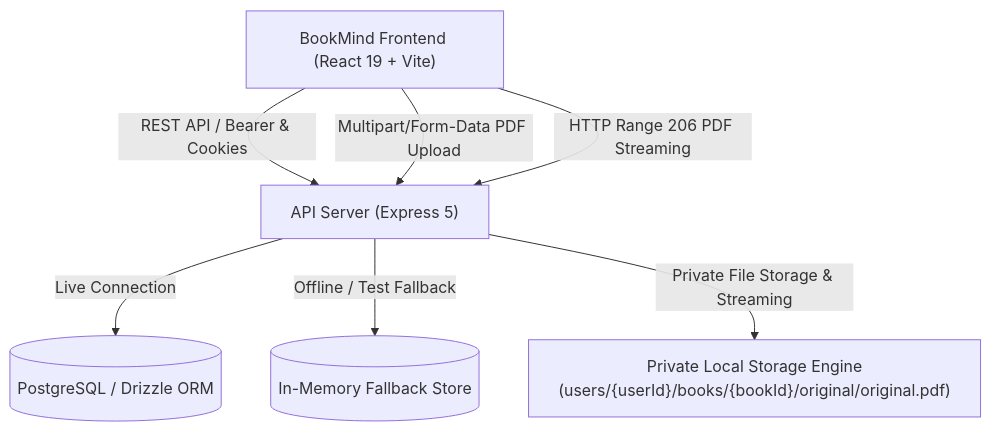
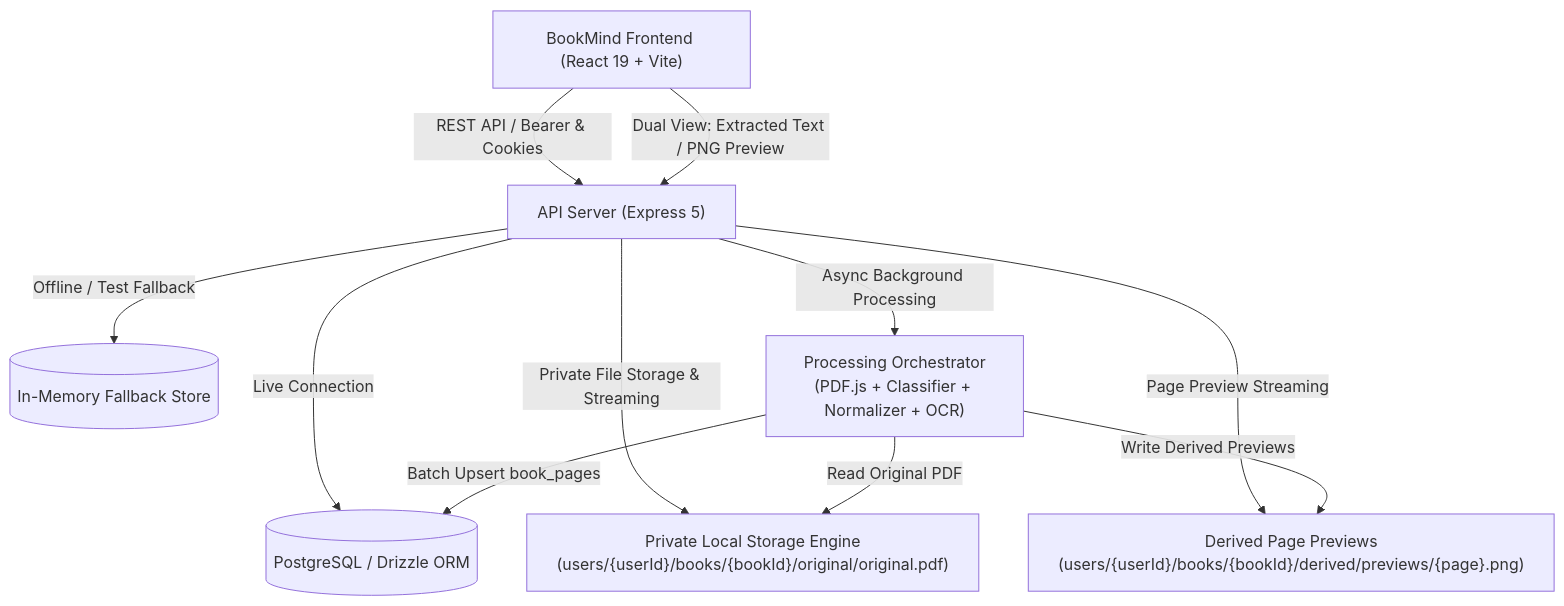
Before and after one commit to Gronk93/BookMain: the diagram in docs/architecture.md, drawn with Mermaid. The commit also changed other lines of this file, not shown here.

Commit message:
docs: document BM-PRD-04 processing and OCR engine architecture

````diff
--- a/docs/architecture.md
+++ b/docs/architecture.md
@@ -7,15 +7,21 @@
 ```mermaid
 graph TD
     Client["BookMind Frontend (React 19 + Vite)"]
     API["API Server (Express 5)"]
     DB[(PostgreSQL / Drizzle ORM)]
     Storage["Private Local Storage Engine\n(users/{userId}/books/{bookId}/original/original.pdf)"]
+    Previews["Derived Page Previews\n(users/{userId}/books/{bookId}/derived/previews/{page}.png)"]
     Memory[(In-Memory Fallback Store)]
+    Orchestrator["Processing Orchestrator\n(PDF.js + Classifier + Normalizer + OCR)"]
 
     Client -->|REST API / Bearer & Cookies| API
-    Client -->|Multipart/Form-Data PDF Upload| API
-    Client -->|HTTP Range 206 PDF Streaming| API
+    Client -->|Dual View: Extracted Text / PNG Preview| API
     API -->|Live Connection| DB
     API -->|Offline / Test Fallback| Memory
     API -->|Private File Storage & Streaming| Storage
+    API -->|Page Preview Streaming| Previews
+    API -->|Async Background Processing| Orchestrator
+    Orchestrator -->|Read Original PDF| Storage
+    Orchestrator -->|Write Derived Previews| Previews
+    Orchestrator -->|Batch Upsert book_pages| DB
 ```
````
